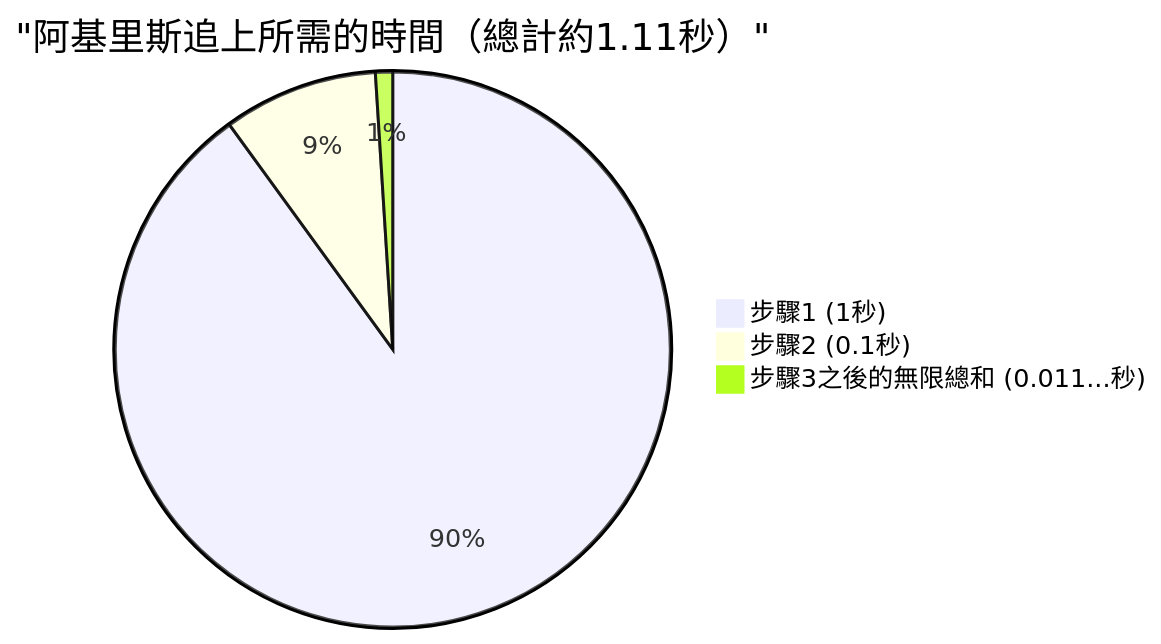
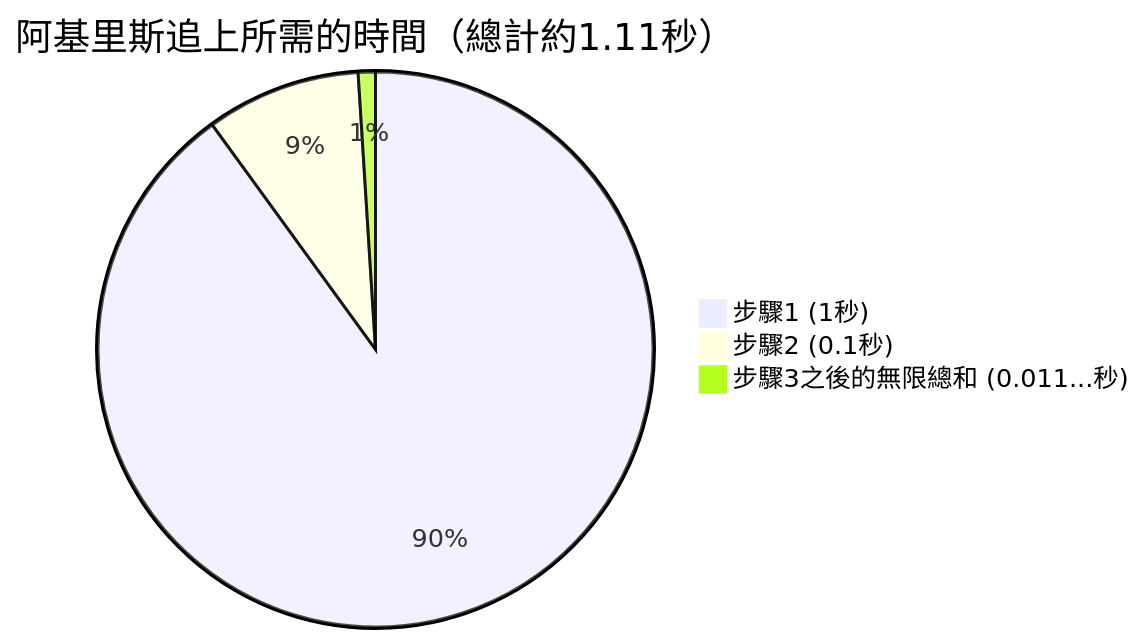
Before and after one commit to kenjinote/blog: the second of 2 diagrams in content/post/アキレスと亀/index.zh-tw.md, drawn with Mermaid. The commit also changed other lines of this file and 703 other files, not shown here.

Commit message:
Fix: Remove quotes from Mermaid link texts and timeline definitions to support Mermaid 11.4.1

````diff
--- a/content/post/アキレスと亀/index.zh-tw.md
+++ b/content/post/アキレスと亀/index.zh-tw.md
@@ -116,6 +116,6 @@
 ```mermaid
-pie title "阿基里斯追上所需的時間（總計約1.11秒）"
+pie title 阿基里斯追上所需的時間（總計約1.11秒）
     "步驟1 (1秒)" : 90
     "步驟2 (0.1秒)" : 9
     "步驟3之後的無限總和 (0.011...秒)" : 1
 ```
````
